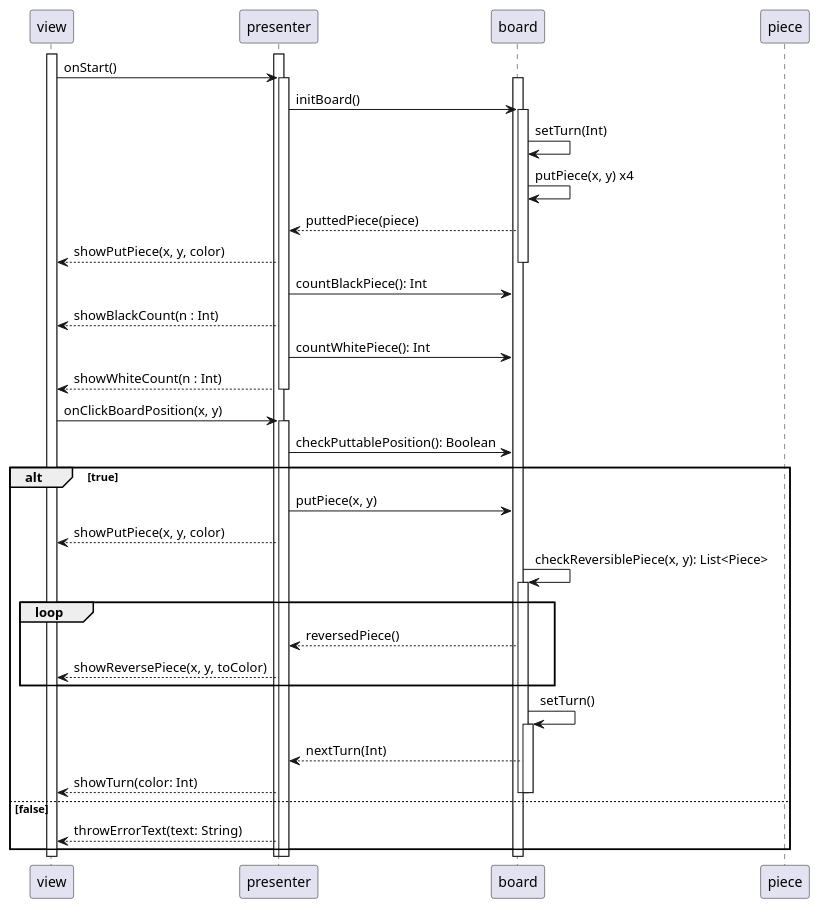
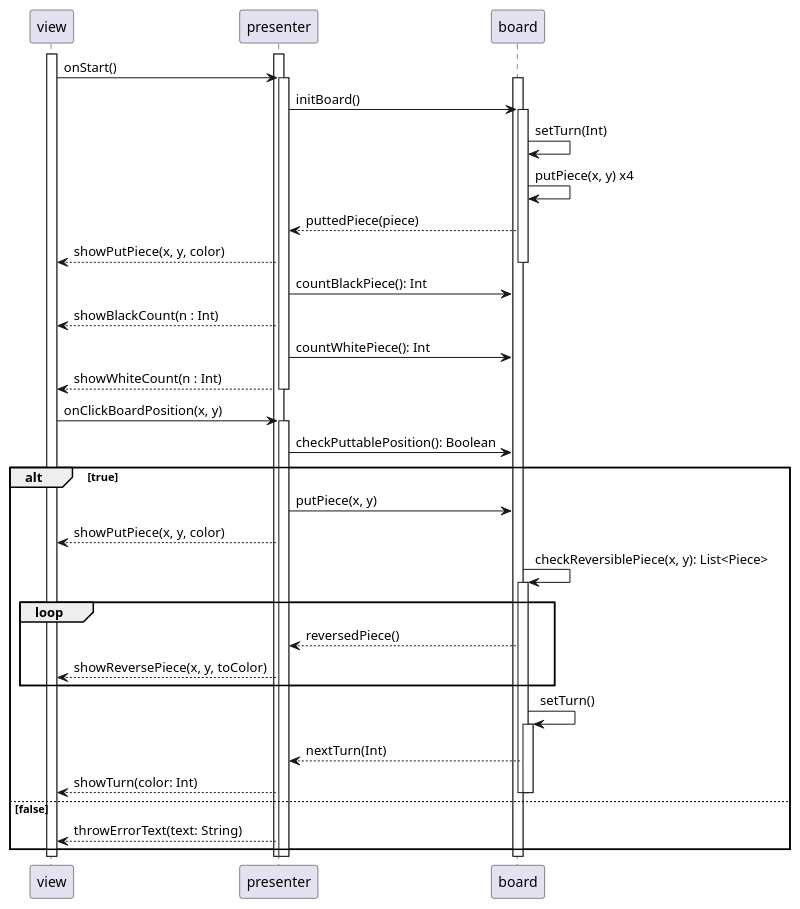
One commit to Issei0804-ie/Uhyo changed the diagram in uml/sequence/presenter/p_PlayGameView.puml. Above: the diagram before and after it, drawn with PlantUML. The commit also changed 2 other files, not shown here.

Commit message:
update uml

```diff
--- a/uml/sequence/presenter/p_PlayGameView.puml
+++ b/uml/sequence/presenter/p_PlayGameView.puml
@@ -1,56 +1,53 @@
 @startuml
 
 participant view
 participant presenter
 participant board
-participant piece
 
 activate view
 activate presenter
 view -> presenter : onStart()
 
 activate presenter
 activate board
 presenter -> board : initBoard()
 activate board
 board -> board : setTurn(Int)
 board -> board : putPiece(x, y) x4
 presenter <-- board : puttedPiece(piece)
 view <-- presenter : showPutPiece(x, y, color)
 deactivate board
 presenter -> board : countBlackPiece(): Int
 view <-- presenter : showBlackCount(n : Int)
 presenter -> board : countWhitePiece(): Int
 view <-- presenter : showWhiteCount(n : Int)
 deactivate presenter
-
-/'　TODO : check puttable position　'/
 
 view -> presenter : onClickBoardPosition(x, y)
 activate presenter
 presenter -> board : checkPuttablePosition(): Boolean
 alt true
     presenter -> board : putPiece(x, y)
     view <-- presenter : showPutPiece(x, y, color)
     board -> board : checkReversiblePiece(x, y): List<Piece>
     activate board
     loop
         presenter <-- board : reversedPiece()
         view <-- presenter : showReversePiece(x, y, toColor)
     end
     board -> board : setTurn()
     activate board
     presenter <-- board : nextTurn(Int)
     view <-- presenter : showTurn(color: Int)
     deactivate board
     deactivate board
 else false
     view <-- presenter : throwErrorText(text: String)
 end
 deactivate board
 deactivate presenter
 deactivate presenter
 deactivate view
 
 
 @enduml
```
